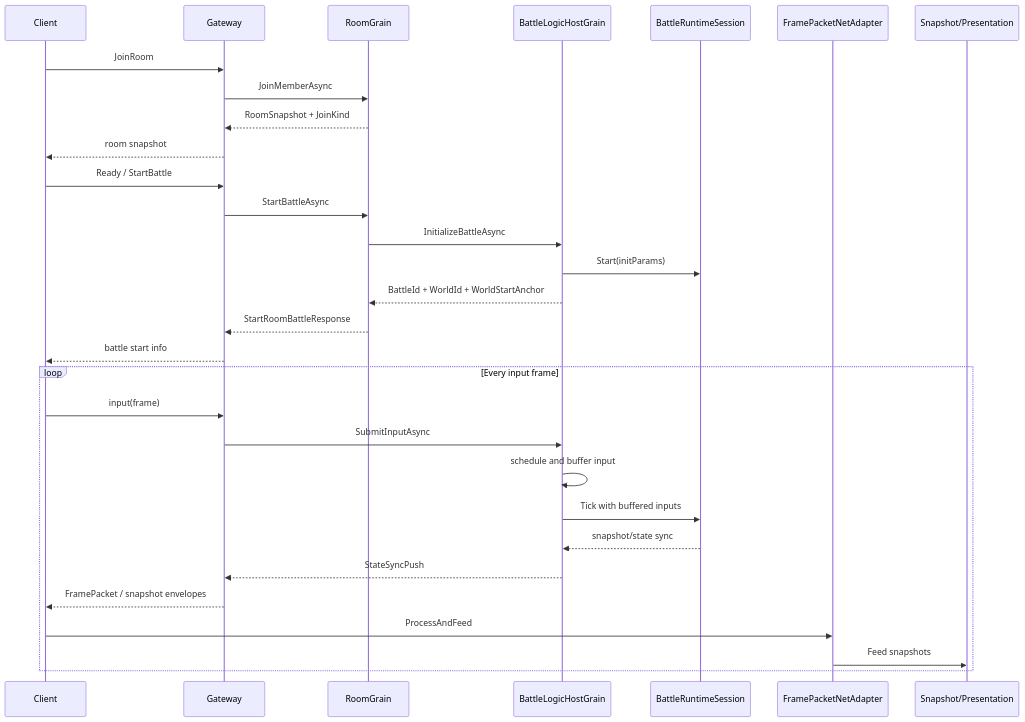
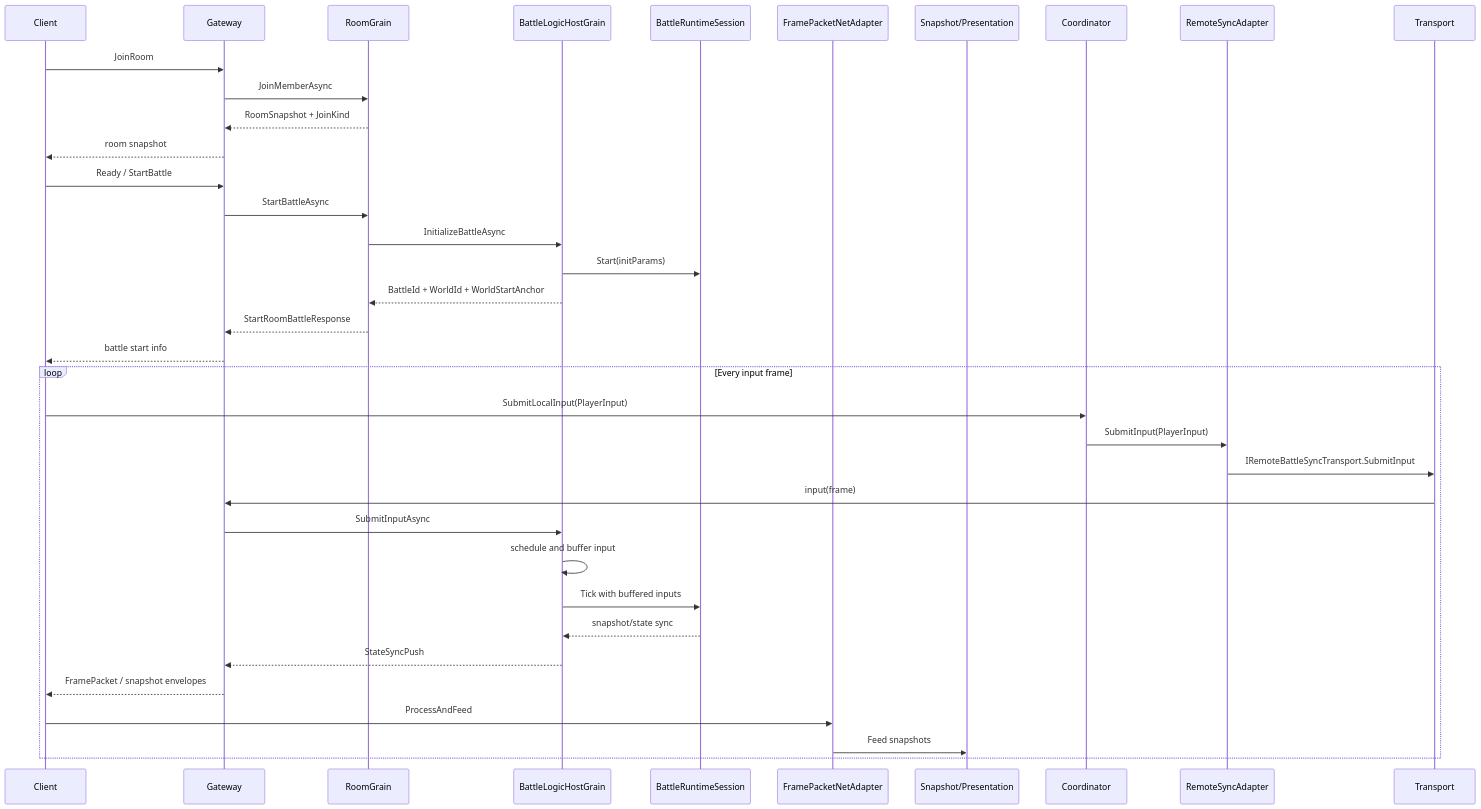
One commit to Kurumioi/AbilityKit changed the fifth of 6 diagrams in Docs/design/07-NetworkSynchronization/05-SessionCoordination.md. Above: the diagram before and after it, drawn with Mermaid. The commit also changed other lines of this file and 173 other files, not shown here.

````diff
--- a/Docs/design/07-NetworkSynchronization/05-SessionCoordination.md
+++ b/Docs/design/07-NetworkSynchronization/05-SessionCoordination.md
@@ -201,35 +201,38 @@
 ```mermaid
 sequenceDiagram
     participant Client as Client
     participant Gateway as Gateway
     participant Room as RoomGrain
     participant Battle as BattleLogicHostGrain
     participant Runtime as BattleRuntimeSession
     participant Adapter as FramePacketNetAdapter
     participant View as Snapshot/Presentation
 
     Client->>Gateway: JoinRoom
     Gateway->>Room: JoinMemberAsync
     Room-->>Gateway: RoomSnapshot + JoinKind
     Gateway-->>Client: room snapshot
 
     Client->>Gateway: Ready / StartBattle
     Gateway->>Room: StartBattleAsync
     Room->>Battle: InitializeBattleAsync
     Battle->>Runtime: Start(initParams)
     Battle-->>Room: BattleId + WorldId + WorldStartAnchor
     Room-->>Gateway: StartRoomBattleResponse
     Gateway-->>Client: battle start info
 
     loop Every input frame
-        Client->>Gateway: input(frame)
+        Client->>Coordinator: SubmitLocalInput(PlayerInput)
+        Coordinator->>RemoteSyncAdapter: SubmitInput(PlayerInput)
+        RemoteSyncAdapter->>Transport: IRemoteBattleSyncTransport.SubmitInput
+        Transport->>Gateway: input(frame)
         Gateway->>Battle: SubmitInputAsync
         Battle->>Battle: schedule and buffer input
         Battle->>Runtime: Tick with buffered inputs
         Runtime-->>Battle: snapshot/state sync
         Battle-->>Gateway: StateSyncPush
         Gateway-->>Client: FramePacket / snapshot envelopes
         Client->>Adapter: ProcessAndFeed
         Adapter->>View: Feed snapshots
     end
 ```
````
